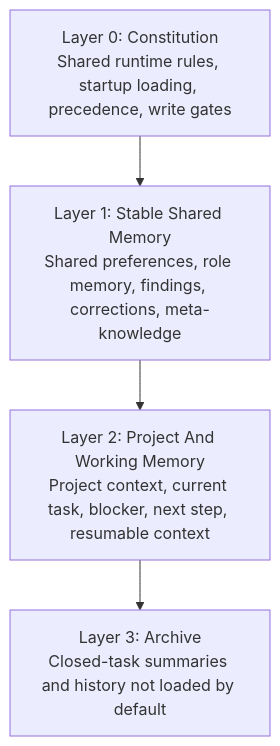
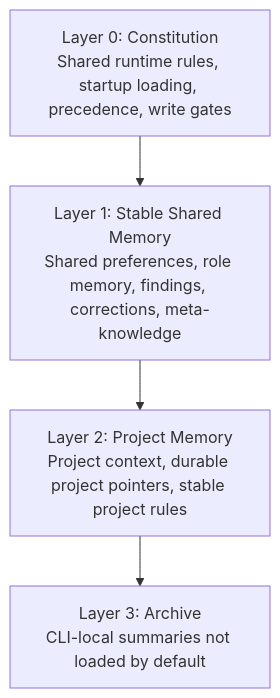
One commit to PHLens/pamem changed the first of 2 diagrams in DESIGN.md. Above: the diagram before and after it, drawn with Mermaid. The commit also changed other lines of this file and 21 other files, not shown here.

````diff
--- a/DESIGN.md
+++ b/DESIGN.md
@@ -9,11 +9,11 @@
 ```mermaid
 flowchart TD
     L0["Layer 0: Constitution<br/>Shared runtime rules, startup loading, precedence, write gates"]
     L1["Layer 1: Stable Shared Memory<br/>Shared preferences, role memory, findings, corrections, meta-knowledge"]
-    L2["Layer 2: Project And Working Memory<br/>Project context, current task, blocker, next step, resumable context"]
-    L3["Layer 3: Archive<br/>Closed-task summaries and history not loaded by default"]
+    L2["Layer 2: Project Memory<br/>Project context, durable project pointers, stable project rules"]
+    L3["Layer 3: Archive<br/>CLI-local summaries not loaded by default"]
 
     L0 --> L1
     L1 --> L2
     L2 --> L3
 ```
````
